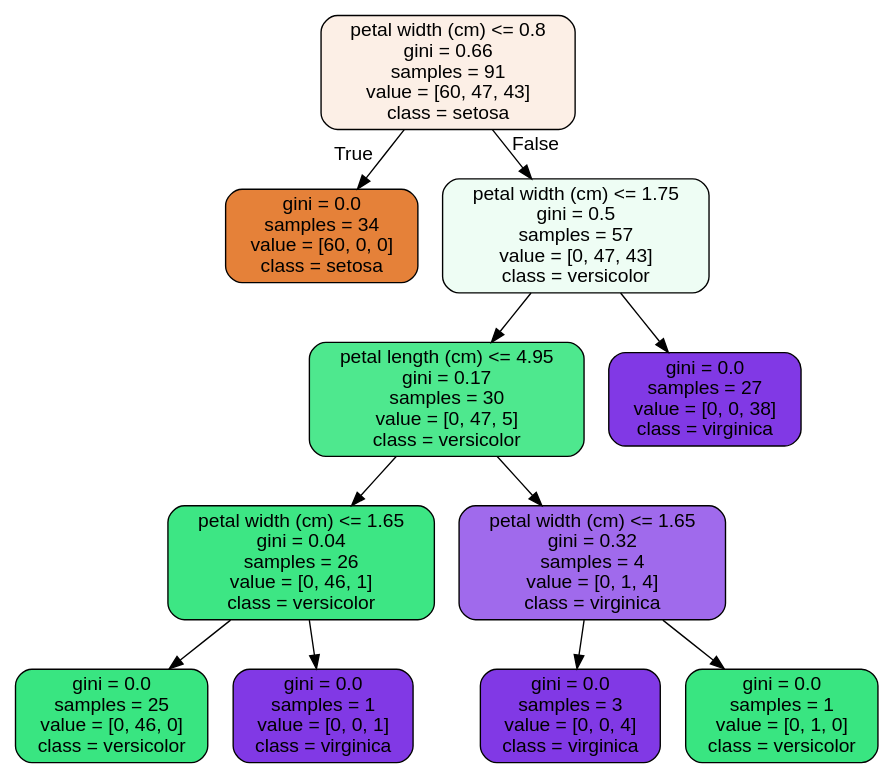
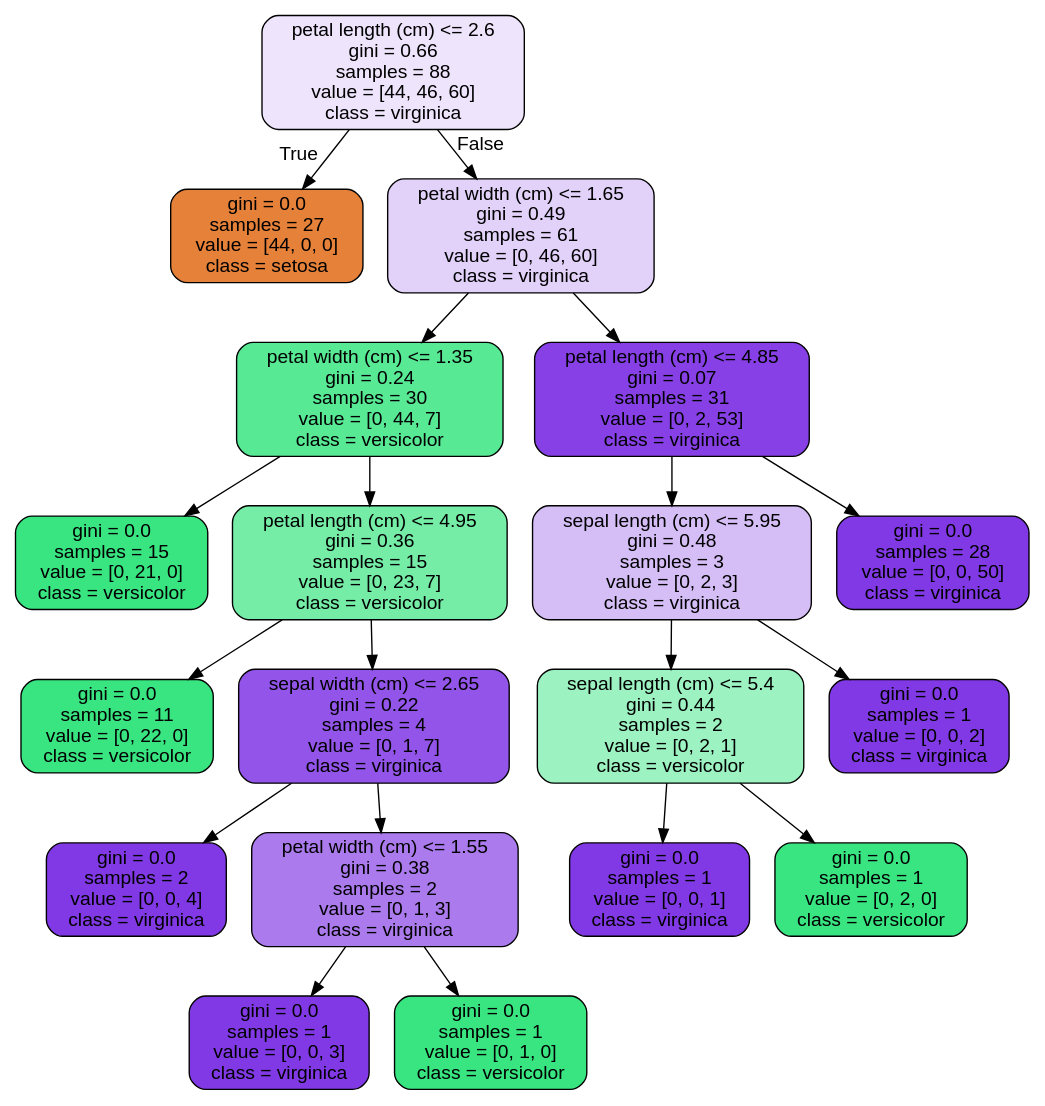
Before and after one commit to vanslykeaudio/SpringBoardDataScience: the diagram in RandomForest Covid Case Study/tree.dot, drawn with Graphviz. The commit also changed 4 other files, not shown here.

```diff
--- a/RandomForest Covid Case Study/tree.dot
+++ b/RandomForest Covid Case Study/tree.dot
@@ -1,25 +1,41 @@
 digraph Tree {
 node [shape=box, style="filled, rounded", color="black", fontname="helvetica"] ;
 edge [fontname="helvetica"] ;
-0 [label="petal width (cm) <= 0.8\ngini = 0.66\nsamples = 91\nvalue = [60, 47, 43]\nclass = setosa", fillcolor="#fcefe6"] ;
-1 [label="gini = 0.0\nsamples = 34\nvalue = [60, 0, 0]\nclass = setosa", fillcolor="#e58139"] ;
+0 [label="petal length (cm) <= 2.6\ngini = 0.66\nsamples = 88\nvalue = [44, 46, 60]\nclass = virginica", fillcolor="#eee4fc"] ;
+1 [label="gini = 0.0\nsamples = 27\nvalue = [44, 0, 0]\nclass = setosa", fillcolor="#e58139"] ;
 0 -> 1 [labeldistance=2.5, labelangle=45, headlabel="True"] ;
-2 [label="petal width (cm) <= 1.75\ngini = 0.5\nsamples = 57\nvalue = [0, 47, 43]\nclass = versicolor", fillcolor="#eefdf4"] ;
+2 [label="petal width (cm) <= 1.65\ngini = 0.49\nsamples = 61\nvalue = [0, 46, 60]\nclass = virginica", fillcolor="#e2d1f9"] ;
 0 -> 2 [labeldistance=2.5, labelangle=-45, headlabel="False"] ;
-3 [label="petal length (cm) <= 4.95\ngini = 0.17\nsamples = 30\nvalue = [0, 47, 5]\nclass = versicolor", fillcolor="#4ee88e"] ;
+3 [label="petal width (cm) <= 1.35\ngini = 0.24\nsamples = 30\nvalue = [0, 44, 7]\nclass = versicolor", fillcolor="#58e995"] ;
 2 -> 3 ;
-4 [label="petal width (cm) <= 1.65\ngini = 0.04\nsamples = 26\nvalue = [0, 46, 1]\nclass = versicolor", fillcolor="#3de684"] ;
+4 [label="gini = 0.0\nsamples = 15\nvalue = [0, 21, 0]\nclass = versicolor", fillcolor="#39e581"] ;
 3 -> 4 ;
-5 [label="gini = 0.0\nsamples = 25\nvalue = [0, 46, 0]\nclass = versicolor", fillcolor="#39e581"] ;
-4 -> 5 ;
-6 [label="gini = 0.0\nsamples = 1\nvalue = [0, 0, 1]\nclass = virginica", fillcolor="#8139e5"] ;
-4 -> 6 ;
-7 [label="petal width (cm) <= 1.65\ngini = 0.32\nsamples = 4\nvalue = [0, 1, 4]\nclass = virginica", fillcolor="#a06aec"] ;
-3 -> 7 ;
-8 [label="gini = 0.0\nsamples = 3\nvalue = [0, 0, 4]\nclass = virginica", fillcolor="#8139e5"] ;
+5 [label="petal length (cm) <= 4.95\ngini = 0.36\nsamples = 15\nvalue = [0, 23, 7]\nclass = versicolor", fillcolor="#75eda7"] ;
+3 -> 5 ;
+6 [label="gini = 0.0\nsamples = 11\nvalue = [0, 22, 0]\nclass = versicolor", fillcolor="#39e581"] ;
+5 -> 6 ;
+7 [label="sepal width (cm) <= 2.65\ngini = 0.22\nsamples = 4\nvalue = [0, 1, 7]\nclass = virginica", fillcolor="#9355e9"] ;
+5 -> 7 ;
+8 [label="gini = 0.0\nsamples = 2\nvalue = [0, 0, 4]\nclass = virginica", fillcolor="#8139e5"] ;
 7 -> 8 ;
-9 [label="gini = 0.0\nsamples = 1\nvalue = [0, 1, 0]\nclass = versicolor", fillcolor="#39e581"] ;
+9 [label="petal width (cm) <= 1.55\ngini = 0.38\nsamples = 2\nvalue = [0, 1, 3]\nclass = virginica", fillcolor="#ab7bee"] ;
 7 -> 9 ;
-10 [label="gini = 0.0\nsamples = 27\nvalue = [0, 0, 38]\nclass = virginica", fillcolor="#8139e5"] ;
-2 -> 10 ;
+10 [label="gini = 0.0\nsamples = 1\nvalue = [0, 0, 3]\nclass = virginica", fillcolor="#8139e5"] ;
+9 -> 10 ;
+11 [label="gini = 0.0\nsamples = 1\nvalue = [0, 1, 0]\nclass = versicolor", fillcolor="#39e581"] ;
+9 -> 11 ;
+12 [label="petal length (cm) <= 4.85\ngini = 0.07\nsamples = 31\nvalue = [0, 2, 53]\nclass = virginica", fillcolor="#8640e6"] ;
+2 -> 12 ;
+13 [label="sepal length (cm) <= 5.95\ngini = 0.48\nsamples = 3\nvalue = [0, 2, 3]\nclass = virginica", fillcolor="#d5bdf6"] ;
+12 -> 13 ;
+14 [label="sepal length (cm) <= 5.4\ngini = 0.44\nsamples = 2\nvalue = [0, 2, 1]\nclass = versicolor", fillcolor="#9cf2c0"] ;
+13 -> 14 ;
+15 [label="gini = 0.0\nsamples = 1\nvalue = [0, 0, 1]\nclass = virginica", fillcolor="#8139e5"] ;
+14 -> 15 ;
+16 [label="gini = 0.0\nsamples = 1\nvalue = [0, 2, 0]\nclass = versicolor", fillcolor="#39e581"] ;
+14 -> 16 ;
+17 [label="gini = 0.0\nsamples = 1\nvalue = [0, 0, 2]\nclass = virginica", fillcolor="#8139e5"] ;
+13 -> 17 ;
+18 [label="gini = 0.0\nsamples = 28\nvalue = [0, 0, 50]\nclass = virginica", fillcolor="#8139e5"] ;
+12 -> 18 ;
 }
```
